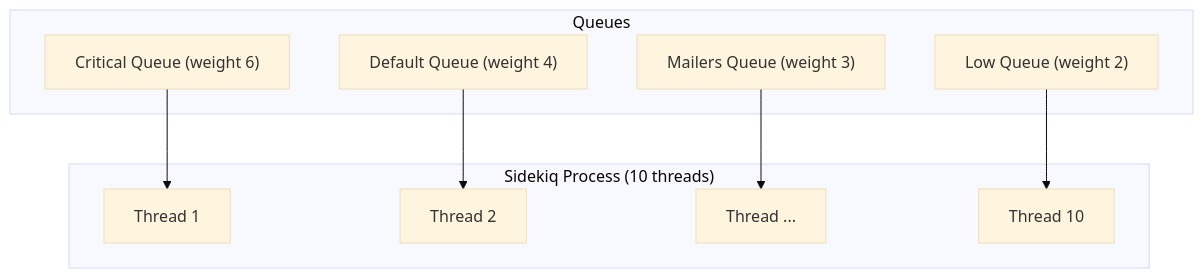
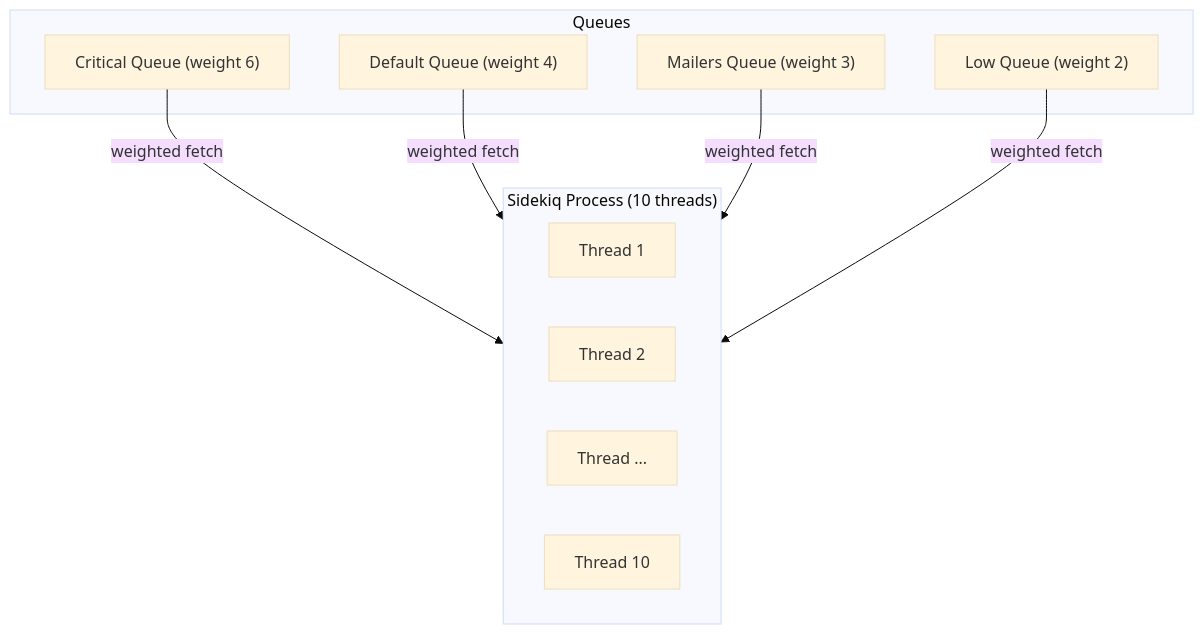
One commit to OneUptime/blog changed the third of 3 diagrams in posts/2026-02-20-ruby-sidekiq-background-jobs/README.md. Above: the diagram before and after it, drawn with Mermaid (base theme). The commit also changed other lines of this file and 2 other files, not shown here.

````diff
--- a/posts/2026-02-20-ruby-sidekiq-background-jobs/README.md
+++ b/posts/2026-02-20-ruby-sidekiq-background-jobs/README.md
@@ -286,21 +283,21 @@
 ```mermaid
 flowchart TD
     subgraph Queues
         CQ["Critical Queue (weight 6)"]
         DQ["Default Queue (weight 4)"]
         MQ["Mailers Queue (weight 3)"]
         LQ["Low Queue (weight 2)"]
     end
 
     subgraph Workers["Sidekiq Process (10 threads)"]
         T1["Thread 1"]
         T2["Thread 2"]
         T3["Thread ..."]
         T10["Thread 10"]
     end
 
-    CQ --> T1
-    DQ --> T2
-    MQ --> T3
-    LQ --> T10
+    CQ -->|weighted fetch| Workers
+    DQ -->|weighted fetch| Workers
+    MQ -->|weighted fetch| Workers
+    LQ -->|weighted fetch| Workers
 ```
````
